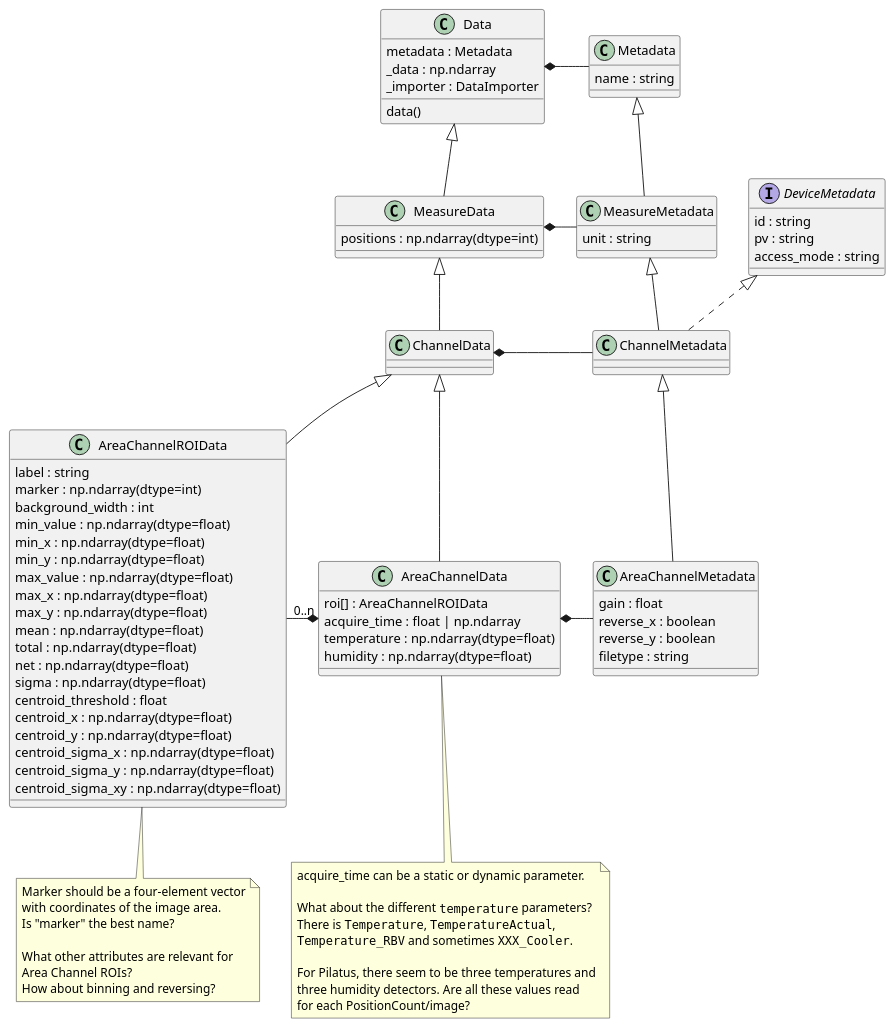
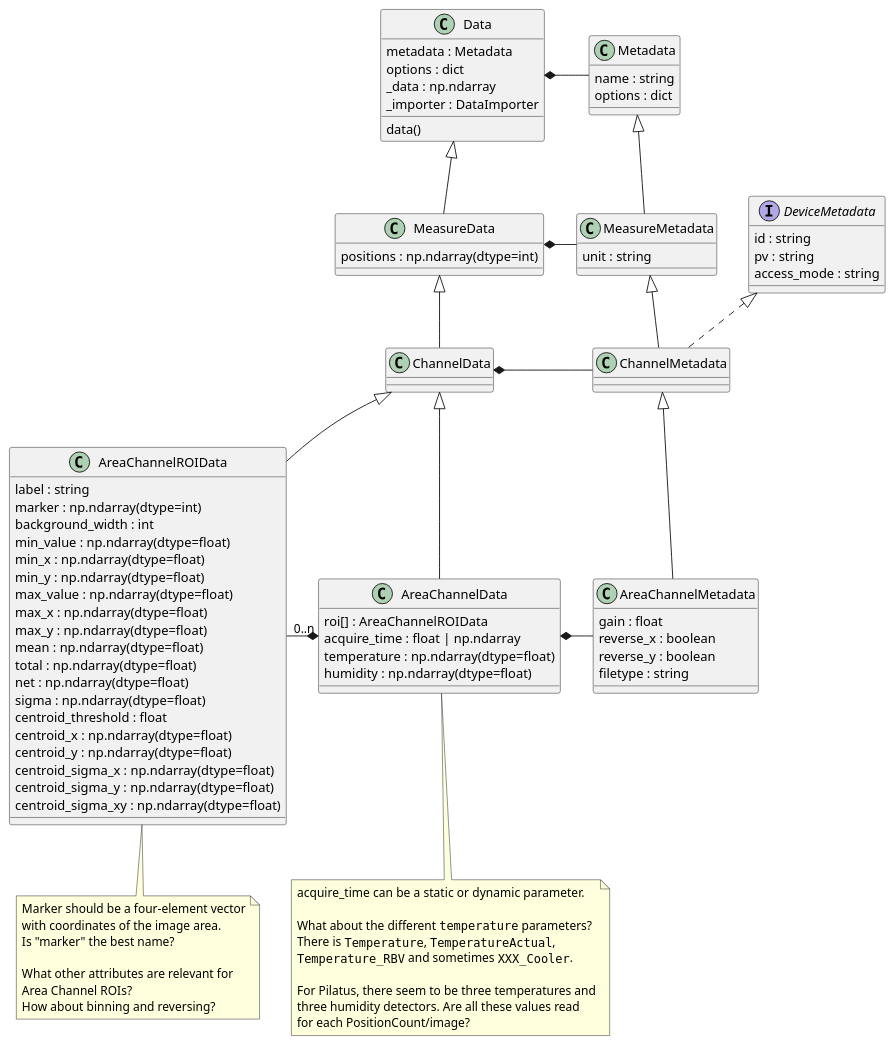
The diagram in docs/uml/areachannel.puml (tillbiskup/evedata), drawn with PlantUML before and after one commit. The commit also changed 9 other files, not shown here.

Commit message:
Add options as dict to data model

```diff
--- a/docs/uml/areachannel.puml
+++ b/docs/uml/areachannel.puml
@@ -1,100 +1,102 @@
 @startuml
 'https://plantuml.com/class-diagram
 
 class Data {
     metadata : Metadata
+    options : dict
     _data : np.ndarray
     _importer : DataImporter
     data()
 }
 
 Data *- Metadata
 
 class MeasureData extends Data {
     {field} positions : np.ndarray(dtype=int)
 }
 
 MeasureData *- MeasureMetadata
 
 class ChannelData extends MeasureData
 
 ChannelData *- ChannelMetadata
 
 class AreaChannelData extends ChannelData {
     roi[] : AreaChannelROIData
     acquire_time : float | np.ndarray
     {field} temperature : np.ndarray(dtype=float)
     {field} humidity : np.ndarray(dtype=float)
 }
 note bottom of AreaChannelData
     acquire_time can be a static or dynamic parameter.
 
     What about the different ""temperature"" parameters?
     There is ""Temperature"", ""TemperatureActual"",
     ""Temperature_RBV"" and sometimes ""XXX_Cooler"".
 
     For Pilatus, there seem to be three temperatures and
     three humidity detectors. Are all these values read
     for each PositionCount/image?
 end note
 
 AreaChannelData *- AreaChannelMetadata
 
 AreaChannelROIData "0..n" -* AreaChannelData
 
 class AreaChannelROIData extends ChannelData{
     {field} label : string
     {field} marker : np.ndarray(dtype=int)
     background_width : int
     {field} min_value : np.ndarray(dtype=float)
     {field} min_x : np.ndarray(dtype=float)
     {field} min_y : np.ndarray(dtype=float)
     {field} max_value : np.ndarray(dtype=float)
     {field} max_x : np.ndarray(dtype=float)
     {field} max_y : np.ndarray(dtype=float)
     {field} mean : np.ndarray(dtype=float)
     {field} total : np.ndarray(dtype=float)
     {field} net : np.ndarray(dtype=float)
     {field} sigma : np.ndarray(dtype=float)
     centroid_threshold : float
     {field} centroid_x : np.ndarray(dtype=float)
     {field} centroid_y : np.ndarray(dtype=float)
     {field} centroid_sigma_x : np.ndarray(dtype=float)
     {field} centroid_sigma_y : np.ndarray(dtype=float)
     {field} centroid_sigma_xy : np.ndarray(dtype=float)
 }
 note bottom of AreaChannelROIData
     Marker should be a four-element vector
     with coordinates of the image area.
     Is "marker" the best name?
 
     What other attributes are relevant for
     Area Channel ROIs?
     How about binning and reversing?
 end note
 
 
 class Metadata {
     name : string
+    options : dict
 }
 
 class MeasureMetadata extends Metadata {
     unit : string
 }
 
 interface DeviceMetadata {
     id : string
     pv : string
     access_mode : string
 }
 
 class ChannelMetadata extends MeasureMetadata implements DeviceMetadata
 
 class AreaChannelMetadata extends ChannelMetadata {
     gain : float
     reverse_x : boolean
     reverse_y : boolean
     filetype : string
 }
 
 @enduml
```
